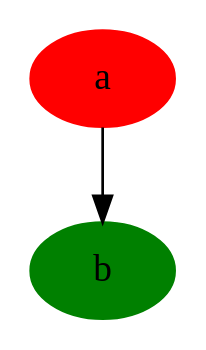
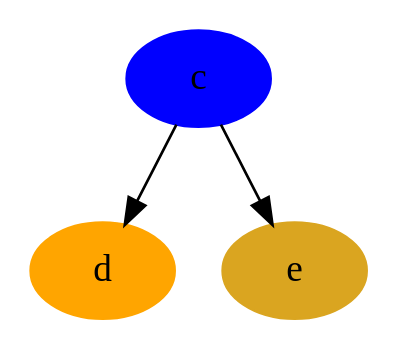
One commit to graphviz-perl/GraphViz2-Marpa-PathUtils changed the diagram in out/clusters.out.09.001.gv. Above: the diagram before and after it, drawn with Graphviz. The commit also changed 39 other files, not shown here.

```diff
--- a/out/clusters.out.09.001.gv
+++ b/out/clusters.out.09.001.gv
@@ -1,23 +1,26 @@
 strict digraph path_set_01
 {
-	a[color = "red" style = "filled"]
-	b[color = "green" style = "filled"]
-	a -> b
+	c[color = "blue" style = "filled"]
+	d[color = "orange" style = "filled"]
+	e[color = "goldenrod" style = "filled"]
+	c ->
+	
 	{
-
+		d
+		e
 	}
 
 	{
 
 	}
 
 	{
 
 	}
  ->
 	
 	{
 
 	}
 
 }
```
